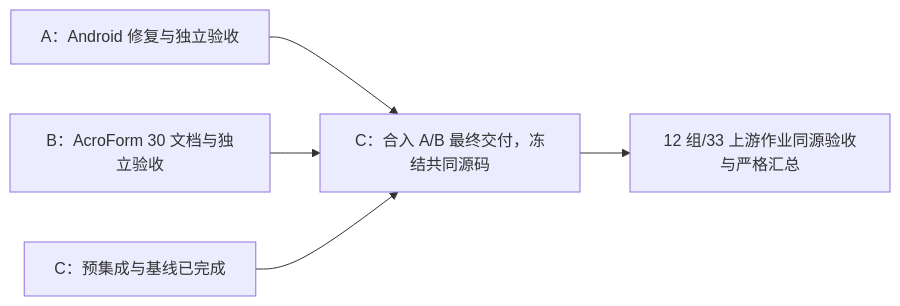
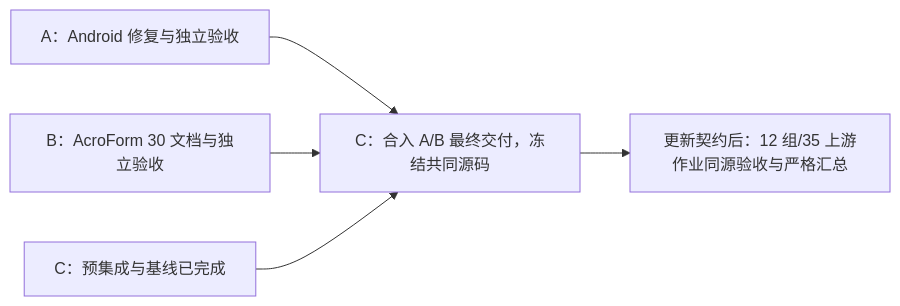
Before and after one commit to NoGod3524/EXReader: the diagram in docs/handoffs/2026-10-22-parallel-index.md, drawn with Mermaid. The commit also changed other lines of this file and 7 other files, not shown here.

````diff
--- a/docs/handoffs/2026-10-22-parallel-index.md
+++ b/docs/handoffs/2026-10-22-parallel-index.md
@@ -19,7 +21,7 @@
 ```mermaid
 flowchart LR
   A["A：Android 修复与独立验收"] --> F["C：合入 A/B 最终交付，冻结共同源码"]
   B["B：AcroForm 30 文档与独立验收"] --> F
   C["C：预集成与基线已完成"] --> F
-  F --> V["12 组/33 上游作业同源验收与严格汇总"]
+  F --> V["更新契约后：12 组/35 上游作业同源验收与严格汇总"]
 ```
````
